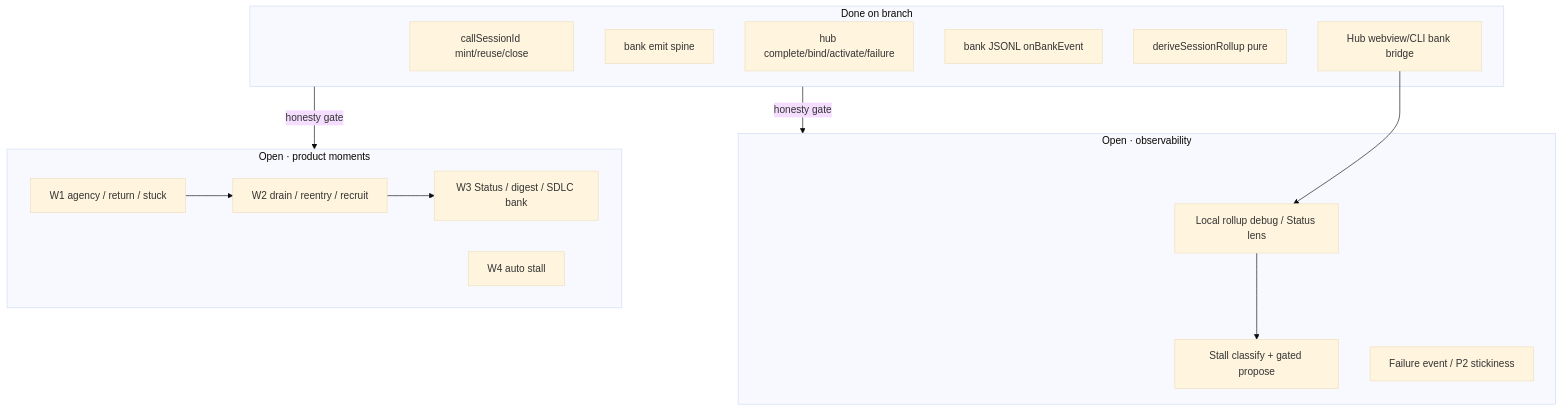
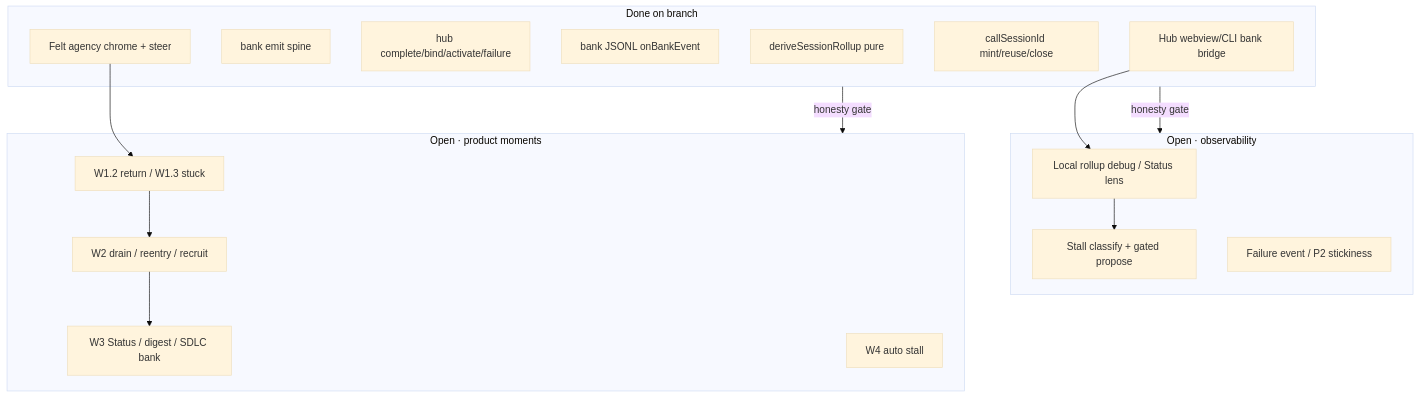
The diagram in docs/drivecode/plans/cline-drivemode/delivery/REMAINING-task-satisfaction.md (drive-mode/cline-drivecode), drawn with Mermaid (base theme) before and after one commit. The commit also changed other lines of this file and 22 other files, not shown here.

First line of the commit message:
feat(drive): felt agency chrome for interrupt, plan edit, recovery

````diff
--- a/docs/drivecode/plans/cline-drivemode/delivery/REMAINING-task-satisfaction.md
+++ b/docs/drivecode/plans/cline-drivemode/delivery/REMAINING-task-satisfaction.md
@@ -30,28 +30,30 @@
 ```mermaid
 flowchart TD
   subgraph Done["Done on branch"]
     CS["callSessionId mint/reuse/close"]
     Emit["bank emit spine"]
     HubOps["hub complete/bind/activate/failure"]
     Log["bank JSONL onBankEvent"]
     Rollup["deriveSessionRollup pure"]
     Bridge["Hub webview/CLI bank bridge"]
+    Felt["Felt agency chrome + steer"]
   end
   subgraph OpenObs["Open · observability"]
     UI2["Local rollup debug / Status lens"]
     S3["Stall classify + gated propose"]
     P2ev["Failure event / P2 stickiness"]
   end
   subgraph OpenMoments["Open · product moments"]
-    W1["W1 agency / return / stuck"]
+    W1["W1.2 return / W1.3 stuck"]
     W2["W2 drain / reentry / recruit"]
     W3["W3 Status / digest / SDLC bank"]
     W4["W4 auto stall"]
   end
   Done -->|"honesty gate"| OpenObs
   Done -->|"honesty gate"| OpenMoments
   Bridge --> UI2
   UI2 --> S3
+  Felt --> W1
   W1 --> W2
   W2 --> W3
 ```
````
